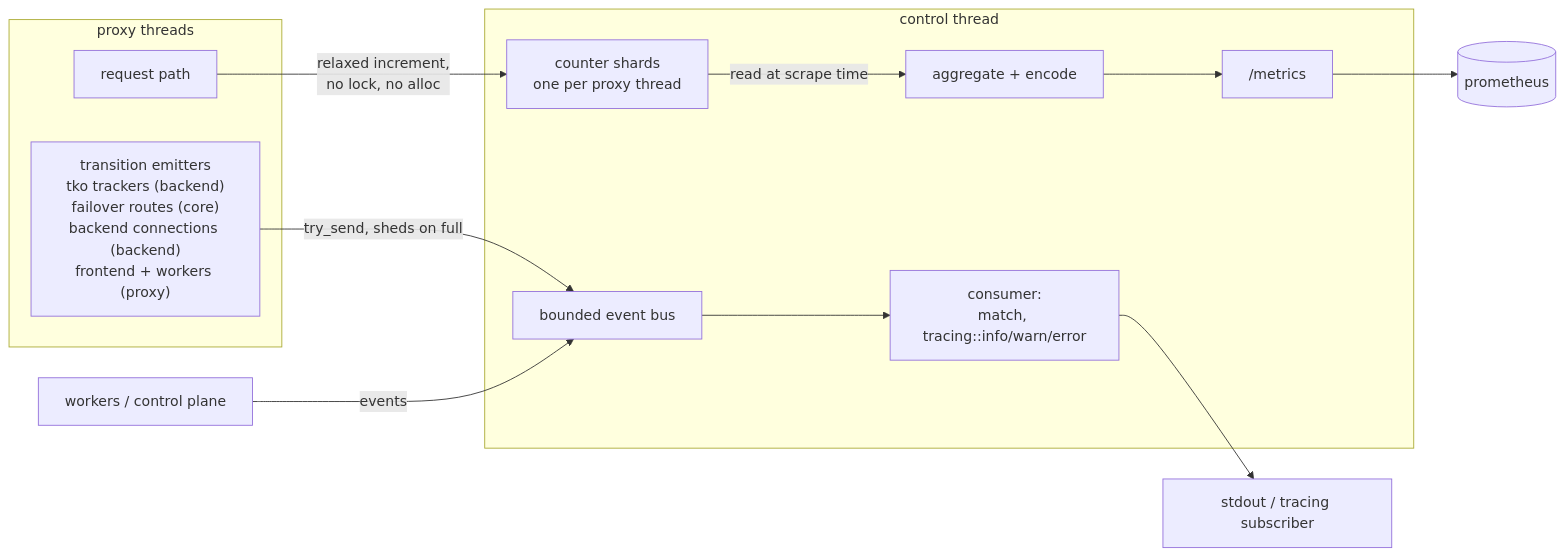
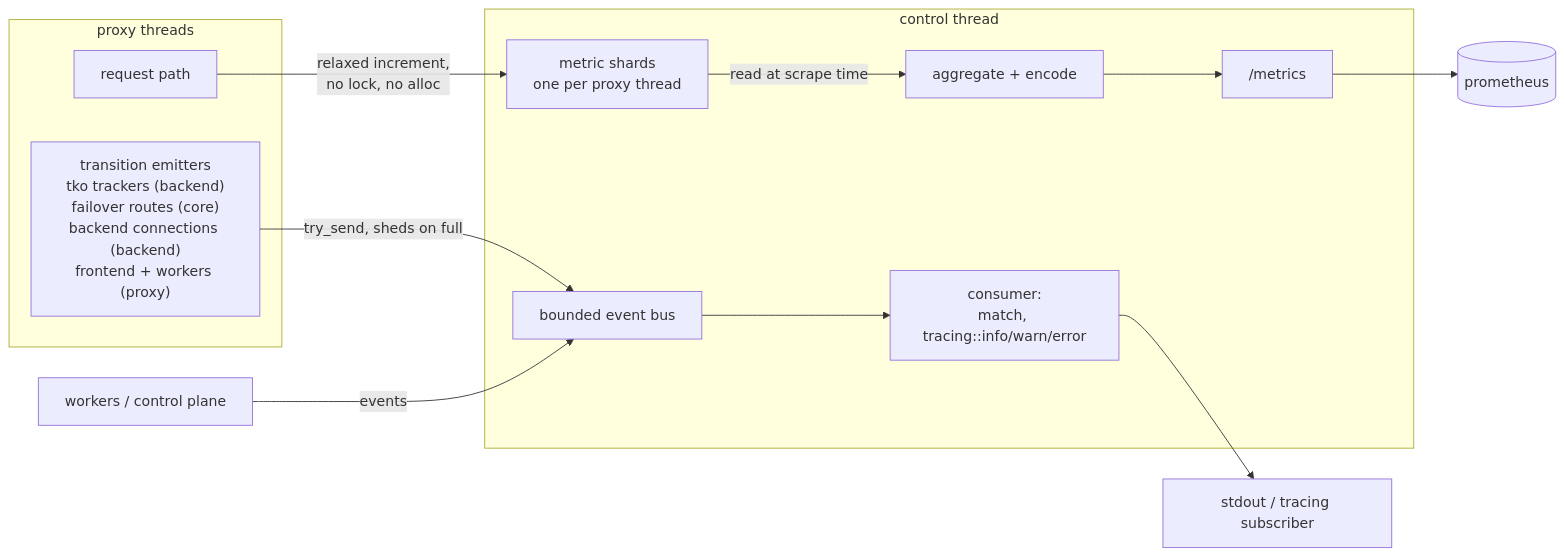
The first of 3 diagrams in docs/design/0001-observability.md (raydatray/rusty-mcrouter), drawn with Mermaid before and after one commit. The commit also changed other lines of this file and 3 other files, not shown here.

````diff
--- a/docs/design/0001-observability.md
+++ b/docs/design/0001-observability.md
@@ -44,17 +44,17 @@
 ```mermaid
 flowchart LR
     subgraph proxy threads
         RQ[request path]
         EM["transition emitters<br/>tko trackers (backend)<br/>failover routes (core)<br/>backend connections (backend)<br/>frontend + workers (proxy)"]
     end
     W[workers / control plane] -- events --> BUS
-    RQ -- "relaxed increment,<br/>no lock, no alloc" --> SH[counter shards<br/>one per proxy thread]
+    RQ -- "relaxed increment,<br/>no lock, no alloc" --> SH[metric shards<br/>one per proxy thread]
     EM -- "try_send, sheds on full" --> BUS[bounded event bus]
     subgraph control thread
         BUS --> CONS[consumer:<br/>match, tracing::info/warn/error]
         SH -- "read at scrape time" --> AGG[aggregate + encode]
         AGG --> HTTP["/metrics"]
     end
     HTTP --> PROM[(prometheus)]
     CONS --> LOG[stdout / tracing subscriber]
 ```
````
